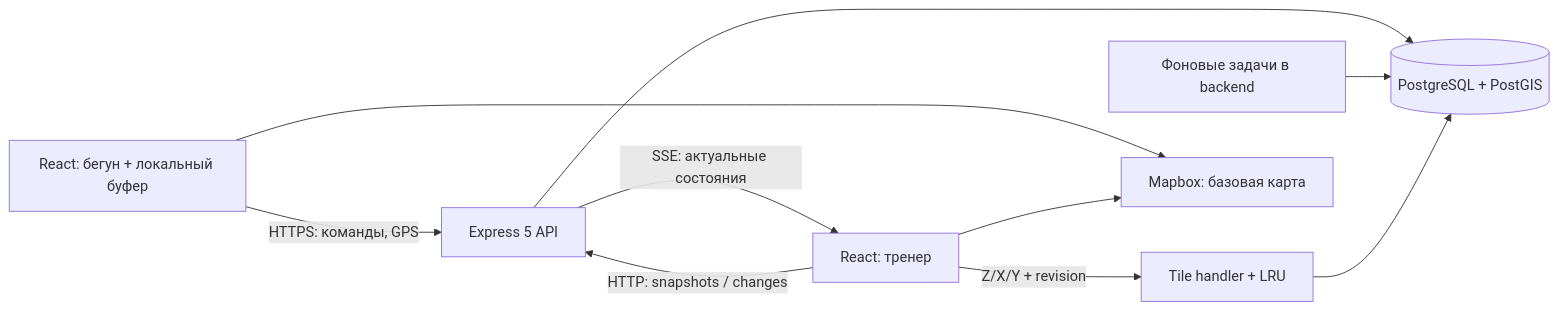
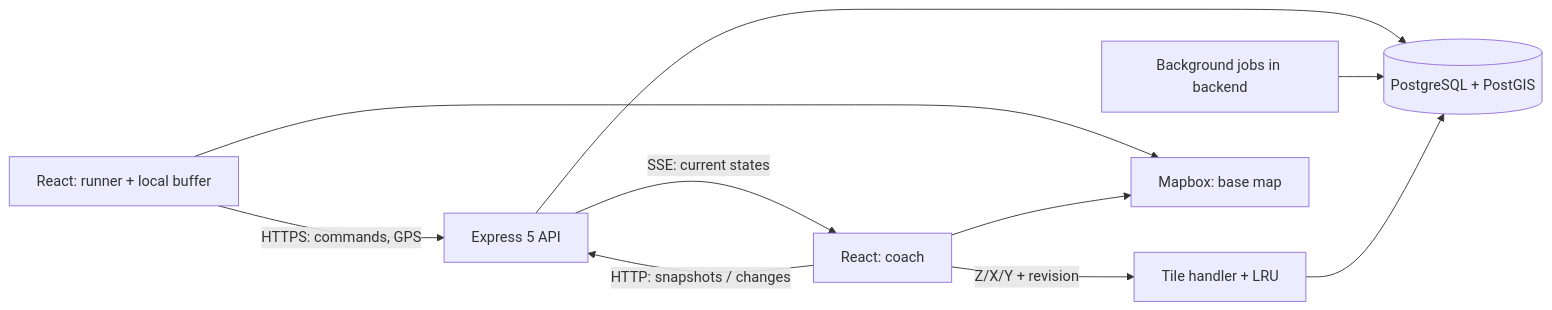
Before and after one commit to AlexTikhon/RunningTracker: the diagram in docs/SDD.md, drawn with Mermaid. The commit also changed other lines of this file and 3 other files, not shown here.

```diff
--- a/docs/SDD.md
+++ b/docs/SDD.md
@@ -59,12 +59,12 @@
 ~~~mermaid
 flowchart LR
-    R["React: бегун + локальный буфер"] -->|"HTTPS: команды, GPS"| API["Express 5 API"]
-    C["React: тренер"] -->|"HTTP: snapshots / changes"| API
-    API -->|"SSE: актуальные состояния"| C
+    R["React: runner + local buffer"] -->|"HTTPS: commands, GPS"| API["Express 5 API"]
+    C["React: coach"] -->|"HTTP: snapshots / changes"| API
+    API -->|"SSE: current states"| C
     API --> DB[("PostgreSQL + PostGIS")]
-    W["Фоновые задачи в backend"] --> DB
+    W["Background jobs in backend"] --> DB
     C -->|"Z/X/Y + revision"| T["Tile handler + LRU"]
     T --> DB
-    R --> M["Mapbox: базовая карта"]
+    R --> M["Mapbox: base map"]
     C --> M
 ~~~
```
